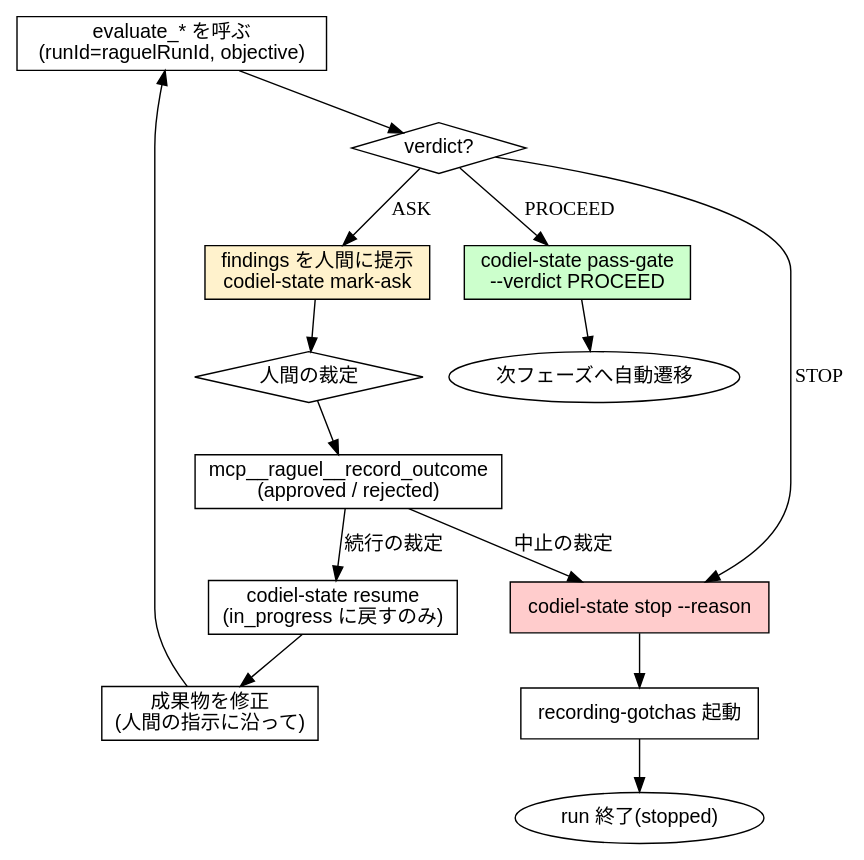
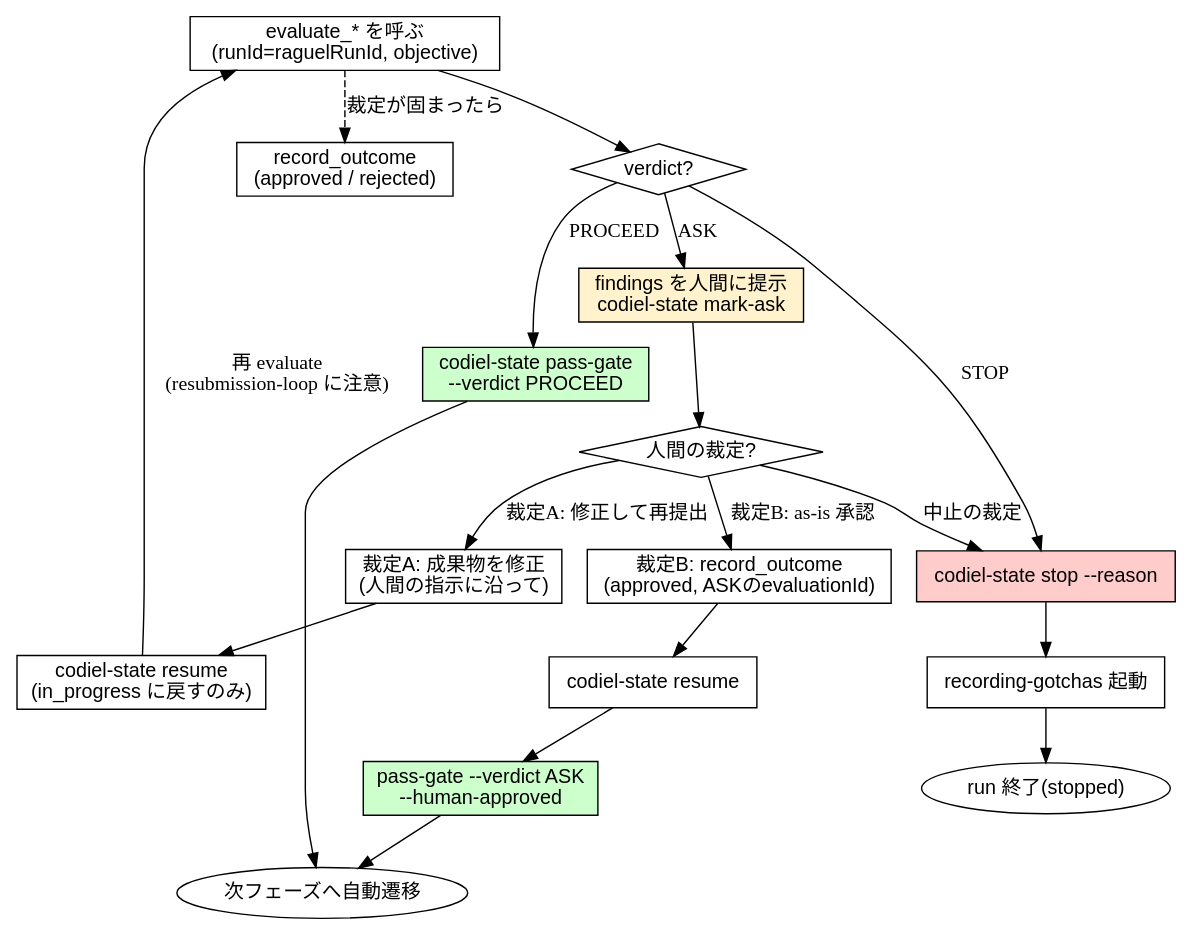
One commit to Amatsuka-kobo/amatsuka-claude-plugins changed the diagram in plugins/codiel/skills/raguel-gating/SKILL.md. Above: the diagram before and after it, drawn with Graphviz. The commit also changed other lines of this file and 2 other files, not shown here.

Commit message:
feat(codiel): ASKの人間as-is承認によるゲート通過(--human-approved)を追加しライブロックを解消

````diff
--- a/plugins/codiel/skills/raguel-gating/SKILL.md
+++ b/plugins/codiel/skills/raguel-gating/SKILL.md
@@ -157,39 +190,50 @@
 ```dot
 digraph raguel_gate {
   rankdir=TB;
   node [fontname="sans-serif"];
 
   evaluate [label="evaluate_* を呼ぶ\n(runId=raguelRunId, objective)", shape=box];
   verdict [label="verdict?", shape=diamond];
 
   proceed [label="codiel-state pass-gate\n--verdict PROCEED", shape=box, style=filled, fillcolor="#ccffcc"];
   next [label="次フェーズへ自動遷移", shape=ellipse];
 
   ask [label="findings を人間に提示\ncodiel-state mark-ask", shape=box, style=filled, fillcolor="#fff2cc"];
-  human [label="人間の裁定", shape=diamond];
-  record_ask [label="mcp__raguel__record_outcome\n(approved / rejected)", shape=box];
-  resume [label="codiel-state resume\n(in_progress に戻すのみ)", shape=box];
-  refix [label="成果物を修正\n(人間の指示に沿って)", shape=box];
+  human [label="人間の裁定?", shape=diamond];
+
+  refix [label="裁定A: 成果物を修正\n(人間の指示に沿って)", shape=box];
+  resume_a [label="codiel-state resume\n(in_progress に戻すのみ)", shape=box];
+  record_a [label="record_outcome\n(approved / rejected)", shape=box];
+
+  record_ha [label="裁定B: record_outcome\n(approved, ASKのevaluationId)", shape=box];
+  resume_b [label="codiel-state resume", shape=box];
+  pass_gate_ha [label="pass-gate --verdict ASK\n--human-approved", shape=box, style=filled, fillcolor="#ccffcc"];
 
   stop_run [label="codiel-state stop --reason", shape=box, style=filled, fillcolor="#ffcccc"];
   gotchas [label="recording-gotchas 起動", shape=box];
   stopped [label="run 終了(stopped)", shape=ellipse];
 
   evaluate -> verdict;
   verdict -> proceed [label="PROCEED"];
   verdict -> ask [label="ASK"];
   verdict -> stop_run [label="STOP"];
 
   proceed -> next;
 
   ask -> human;
-  human -> record_ask;
-  record_ask -> resume [label="続行の裁定"];
-  record_ask -> stop_run [label="中止の裁定"];
-  resume -> refix;
-  refix -> evaluate;
+  human -> refix [label="裁定A: 修正して再提出"];
+  human -> record_ha [label="裁定B: as-is 承認"];
+  human -> stop_run [label="中止の裁定"];
+
+  refix -> resume_a;
+  resume_a -> evaluate [label="再 evaluate\n(resubmission-loop に注意)"];
+  evaluate -> record_a [style=dashed, label="裁定が固まったら"];
+
+  record_ha -> resume_b;
+  resume_b -> pass_gate_ha;
+  pass_gate_ha -> next;
 
   stop_run -> gotchas;
   gotchas -> stopped;
 }
 ```
````
